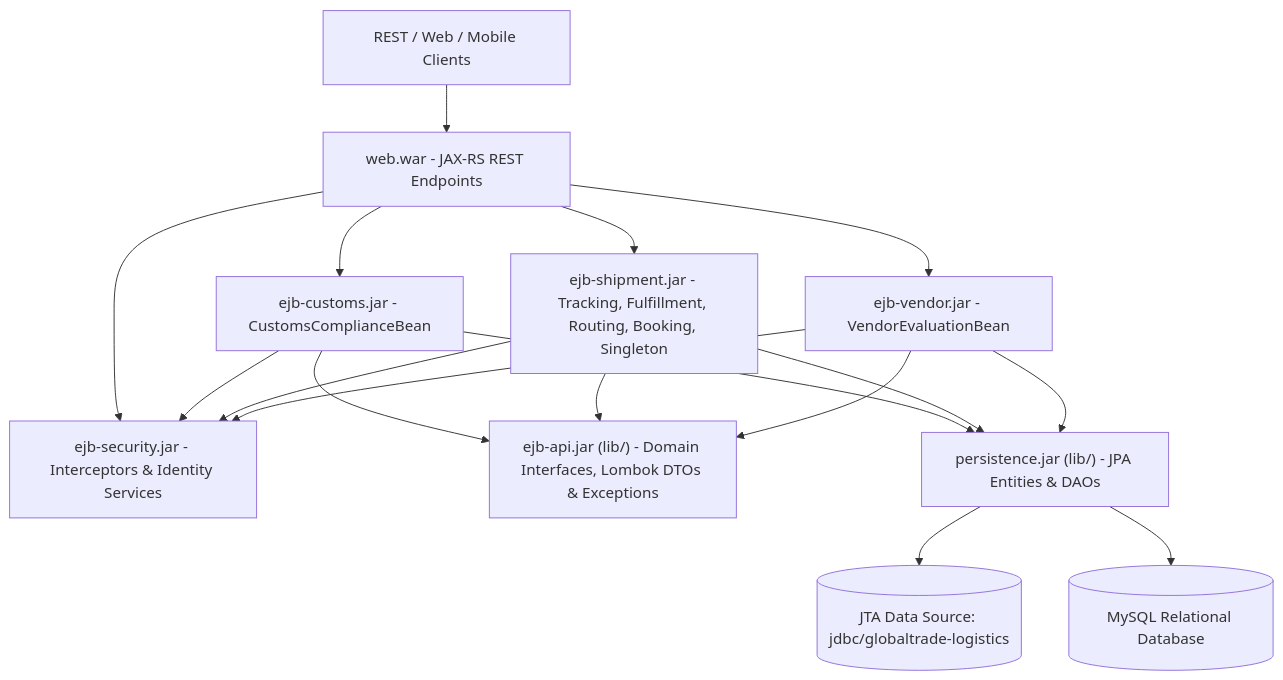
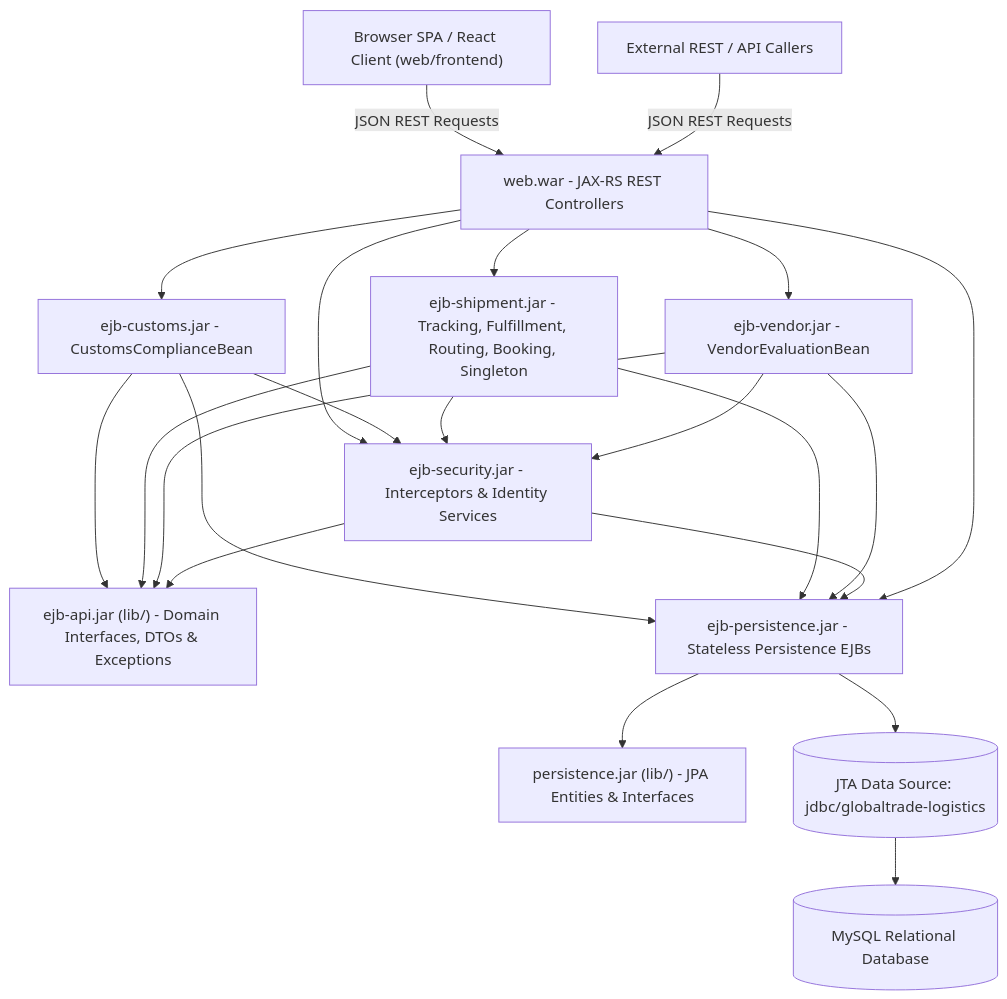
The first of 2 diagrams in TECHNICAL_IMPLEMENTATION_DOCUMENTATION.md (RaminSenanayake/GlobalTrade-Logistics), drawn with Mermaid before and after one commit. The commit also changed other lines of this file and 2 other files, not shown here.

````diff
--- a/TECHNICAL_IMPLEMENTATION_DOCUMENTATION.md
+++ b/TECHNICAL_IMPLEMENTATION_DOCUMENTATION.md
@@ -27,19 +29,29 @@
 ```mermaid
 graph TD
-    Client["REST / Web / Mobile Clients"] --> WebWAR["web.war - JAX-RS REST Endpoints"]
+    Client["Browser SPA / React Client (web/frontend)"] -->|JSON REST Requests| WebWAR["web.war - JAX-RS REST Controllers"]
+    ExternalClient["External REST / API Callers"] -->|JSON REST Requests| WebWAR
+    
     WebWAR --> EjbSec["ejb-security.jar - Interceptors & Identity Services"]
     WebWAR --> EjbCustoms["ejb-customs.jar - CustomsComplianceBean"]
     WebWAR --> EjbShipment["ejb-shipment.jar - Tracking, Fulfillment, Routing, Booking, Singleton"]
     WebWAR --> EjbVendor["ejb-vendor.jar - VendorEvaluationBean"]
-    EjbCustoms --> EjbAPI["ejb-api.jar (lib/) - Domain Interfaces, Lombok DTOs & Exceptions"]
+    
+    EjbCustoms --> EjbAPI["ejb-api.jar (lib/) - Domain Interfaces, DTOs & Exceptions"]
     EjbShipment --> EjbAPI
     EjbVendor --> EjbAPI
+    EjbSec --> EjbAPI
+    
     EjbCustoms --> EjbSec
     EjbShipment --> EjbSec
     EjbVendor --> EjbSec
-    EjbCustoms --> PersistenceJAR["persistence.jar (lib/) - JPA Entities & DAOs"]
-    EjbShipment --> PersistenceJAR
-    EjbVendor --> PersistenceJAR
-    PersistenceJAR --> JTA[("JTA Data Source: jdbc/globaltrade-logistics")]
-    PersistenceJAR --> DB[("MySQL Relational Database")]
+    
+    EjbCustoms --> EjbPersistence["ejb-persistence.jar - Stateless Persistence EJBs"]
+    EjbShipment --> EjbPersistence
+    EjbVendor --> EjbPersistence
+    EjbSec --> EjbPersistence
+    WebWAR --> EjbPersistence
+    
+    EjbPersistence --> PersistenceJAR["persistence.jar (lib/) - JPA Entities & Interfaces"]
+    EjbPersistence --> JTA[("JTA Data Source: jdbc/globaltrade-logistics")]
+    JTA --> DB[("MySQL Relational Database")]
 ```
````
